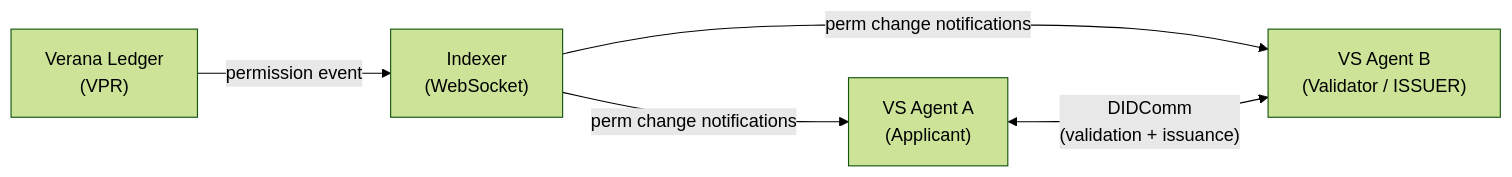
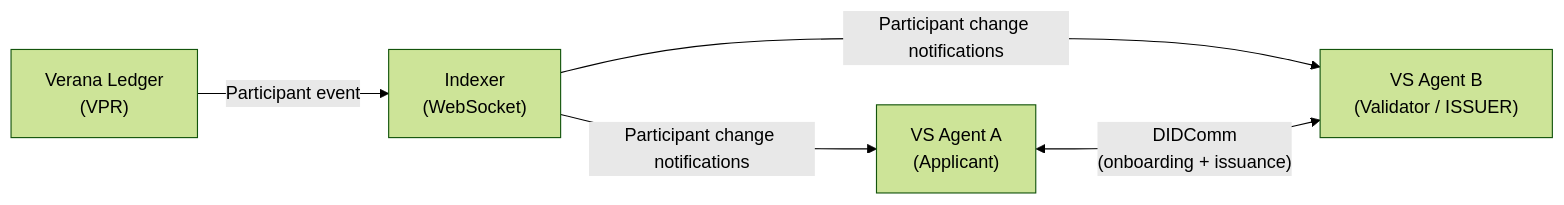
Before and after one commit to verana-labs/verana-spec: the second of 10 diagrams in v4/vs-agent/spec.md, drawn with Mermaid (forest theme). The commit also changed other lines of this file and 3 other files, not shown here.

````diff
--- a/v4/vs-agent/spec.md
+++ b/v4/vs-agent/spec.md
@@ -67,12 +67,12 @@
 ```mermaid
 flowchart LR
     VPR["Verana Ledger<br/>(VPR)"]
     IDX["Indexer<br/>(WebSocket)"]
     VSA["VS Agent A<br/>(Applicant)"]
     VSB["VS Agent B<br/>(Validator / ISSUER)"]
 
-    VPR -- "permission event" --> IDX
-    IDX -- "perm change notifications" --> VSA
-    IDX -- "perm change notifications" --> VSB
-    VSA <-- "DIDComm<br/>(validation + issuance)" --> VSB
+    VPR -- "Participant event" --> IDX
+    IDX -- "Participant change notifications" --> VSA
+    IDX -- "Participant change notifications" --> VSB
+    VSA <-- "DIDComm<br/>(onboarding + issuance)" --> VSB
 ```
````
